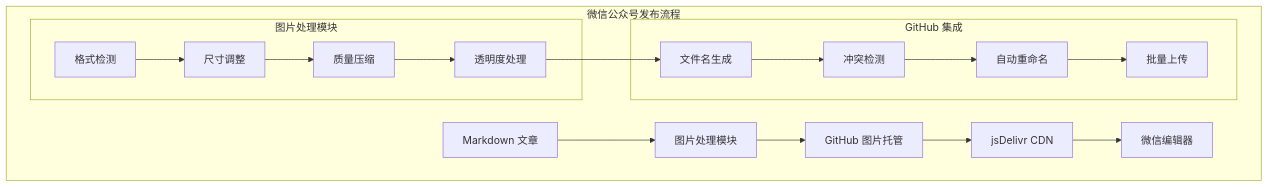
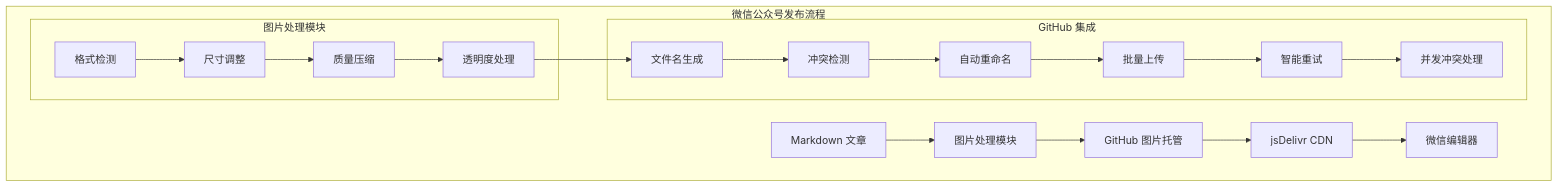
Before and after one commit to NTLx/ntlx.github.io: the fourth of 12 diagrams in .qoder/repowiki/zh/content/AI 技能系统/发布自动化技能/GitHub 图片托管技能.md, drawn with Mermaid. The commit also changed other lines of this file and 10 other files, not shown here.

````diff
--- a/.qoder/repowiki/zh/content/AI 技能系统/发布自动化技能/GitHub 图片托管技能.md
+++ b/.qoder/repowiki/zh/content/AI 技能系统/发布自动化技能/GitHub 图片托管技能.md
@@ -145,28 +180,32 @@
 ```mermaid
 graph TB
 subgraph "微信公众号发布流程"
 A[Markdown 文章] --> B[图片处理模块]
 B --> C[GitHub 图片托管]
 C --> D[jsDelivr CDN]
 D --> E[微信编辑器]
 subgraph "图片处理模块"
 F[格式检测]
 G[尺寸调整]
 H[质量压缩]
 I[透明度处理]
 end
 subgraph "GitHub 集成"
 J[文件名生成]
 K[冲突检测]
 L[自动重命名]
 M[批量上传]
+N[智能重试]
+O[并发冲突处理]
 end
 F --> G
 G --> H
 H --> I
 I --> J
 J --> K
 K --> L
 L --> M
+M --> N
+N --> O
 end
 ```
````
